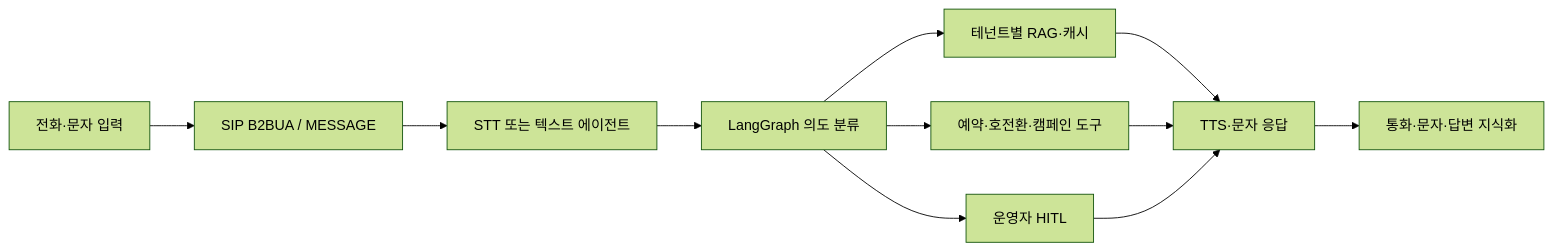
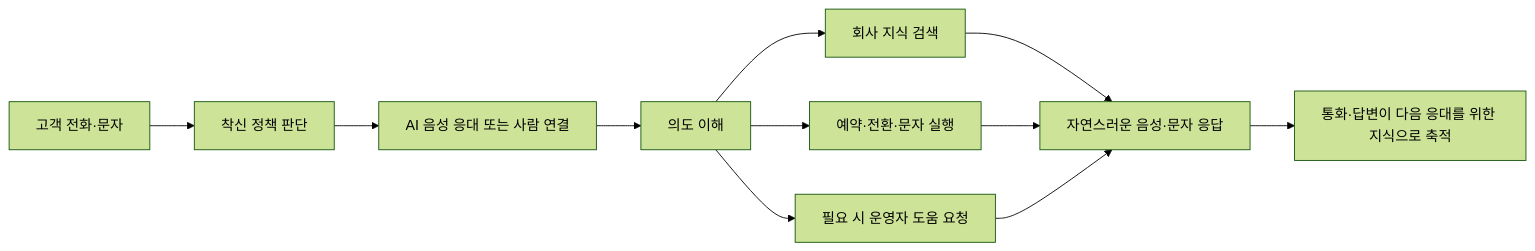
Before and after one commit to hak023/agentic_ai_callbot: the first of 4 diagrams in docs/presentation/PROJECT_BRIEF.md, drawn with Mermaid (forest theme). The commit also changed other lines of this file, not shown here.

````diff
--- a/docs/presentation/PROJECT_BRIEF.md
+++ b/docs/presentation/PROJECT_BRIEF.md
@@ -82,13 +85,13 @@
 ```mermaid
 flowchart LR
-    In["전화·문자 입력"] --> Control["SIP B2BUA / MESSAGE"]
-    Control --> AI["STT 또는 텍스트 에이전트"]
-    AI --> Intent["LangGraph 의도 분류"]
-    Intent --> RAG["테넌트별 RAG·캐시"]
-    Intent --> Tool["예약·호전환·캠페인 도구"]
-    Intent --> HITL["운영자 HITL"]
-    RAG --> Reply["TTS·문자 응답"]
-    Tool --> Reply
+    In["고객 전화·문자"] --> Control["착신 정책 판단"]
+    Control --> Voice["AI 음성 응대 또는 사람 연결"]
+    Voice --> Intent["의도 이해"]
+    Intent --> Knowledge["회사 지식 검색"]
+    Intent --> Action["예약·전환·문자 실행"]
+    Intent --> HITL["필요 시 운영자 도움 요청"]
+    Knowledge --> Reply["자연스러운 음성·문자 응답"]
+    Action --> Reply
     HITL --> Reply
-    Reply --> Learn["통화·문자·답변 지식화"]
+    Reply --> Learn["통화·답변이 다음 응대를 위한 지식으로 축적"]
 ```
````
